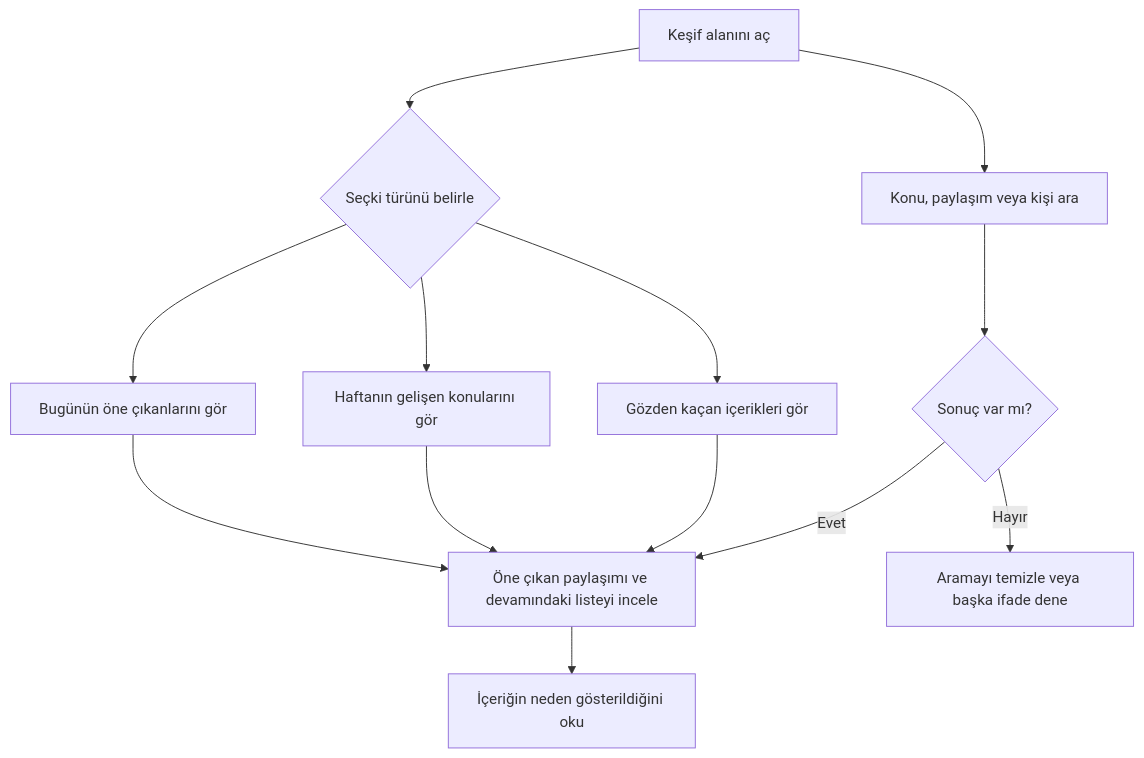
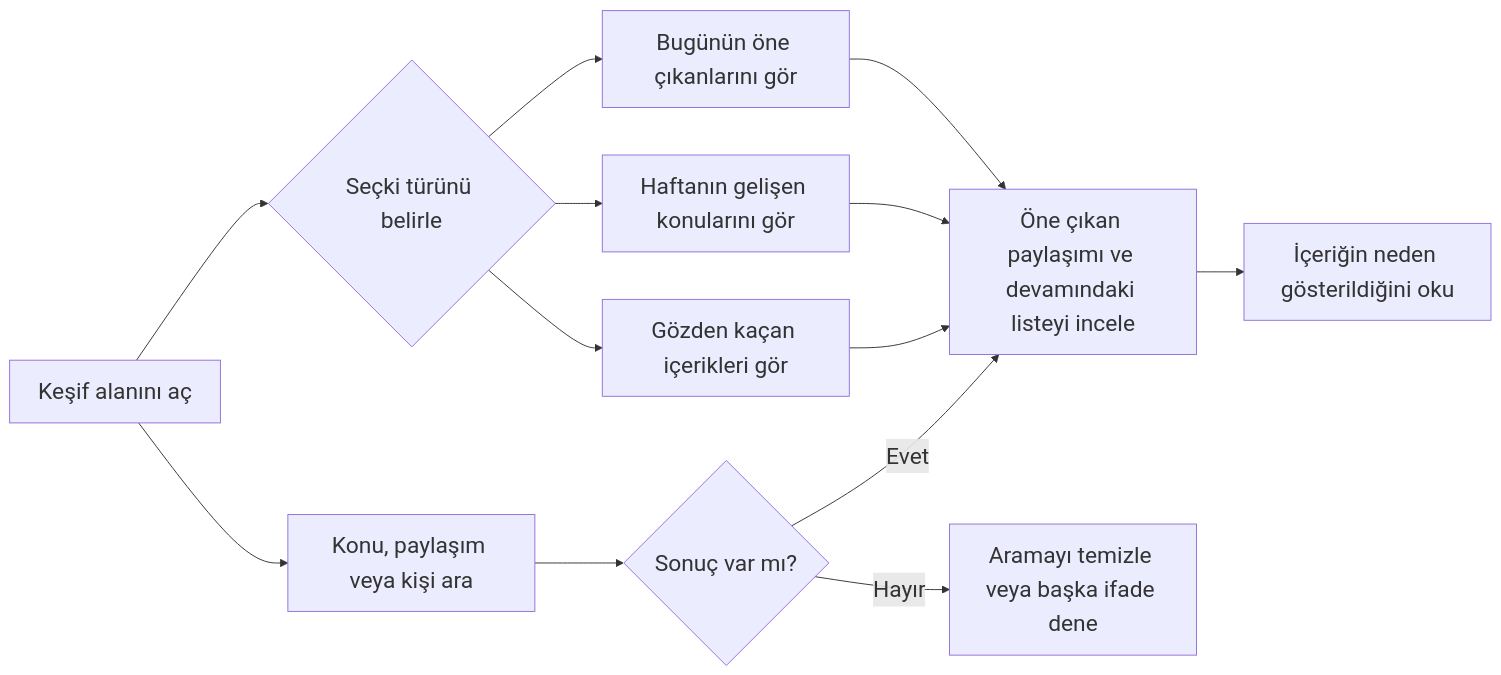
Before and after one commit to NSosyalDuoDesign/NeSosyalPrototip: the sixth of 8 diagrams in Docs/DEMO_SCENARIO_UX_ACCESSIBILITY_REPORT.md, drawn with Mermaid. The commit also changed other lines of this file, not shown here.

Commit message:
docs: improve flow diagram readability

````diff
--- a/Docs/DEMO_SCENARIO_UX_ACCESSIBILITY_REPORT.md
+++ b/Docs/DEMO_SCENARIO_UX_ACCESSIBILITY_REPORT.md
@@ -269,15 +275,16 @@
 ```mermaid
-flowchart TD
+%%{init: {"themeVariables": {"fontSize": "24px"}}}%%
+flowchart LR
     A["Keşif alanını aç"] --> B{"Seçki türünü belirle"}
     B --> C["Bugünün öne çıkanlarını gör"]
     B --> D["Haftanın gelişen konularını gör"]
     B --> E["Gözden kaçan içerikleri gör"]
     C --> F["Öne çıkan paylaşımı ve devamındaki listeyi incele"]
     D --> F
     E --> F
     F --> G["İçeriğin neden gösterildiğini oku"]
     A --> H["Konu, paylaşım veya kişi ara"]
     H --> I{"Sonuç var mı?"}
     I -- "Evet" --> F
     I -- "Hayır" --> J["Aramayı temizle veya başka ifade dene"]
 ```
````
